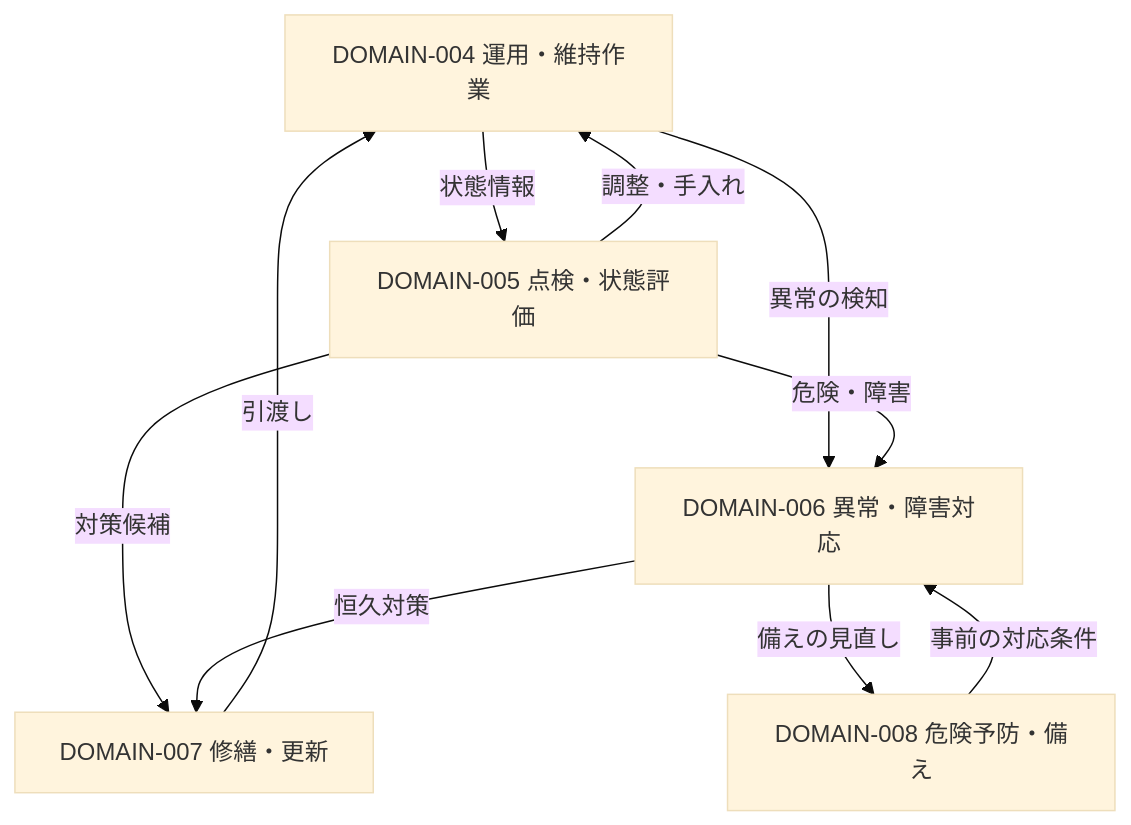
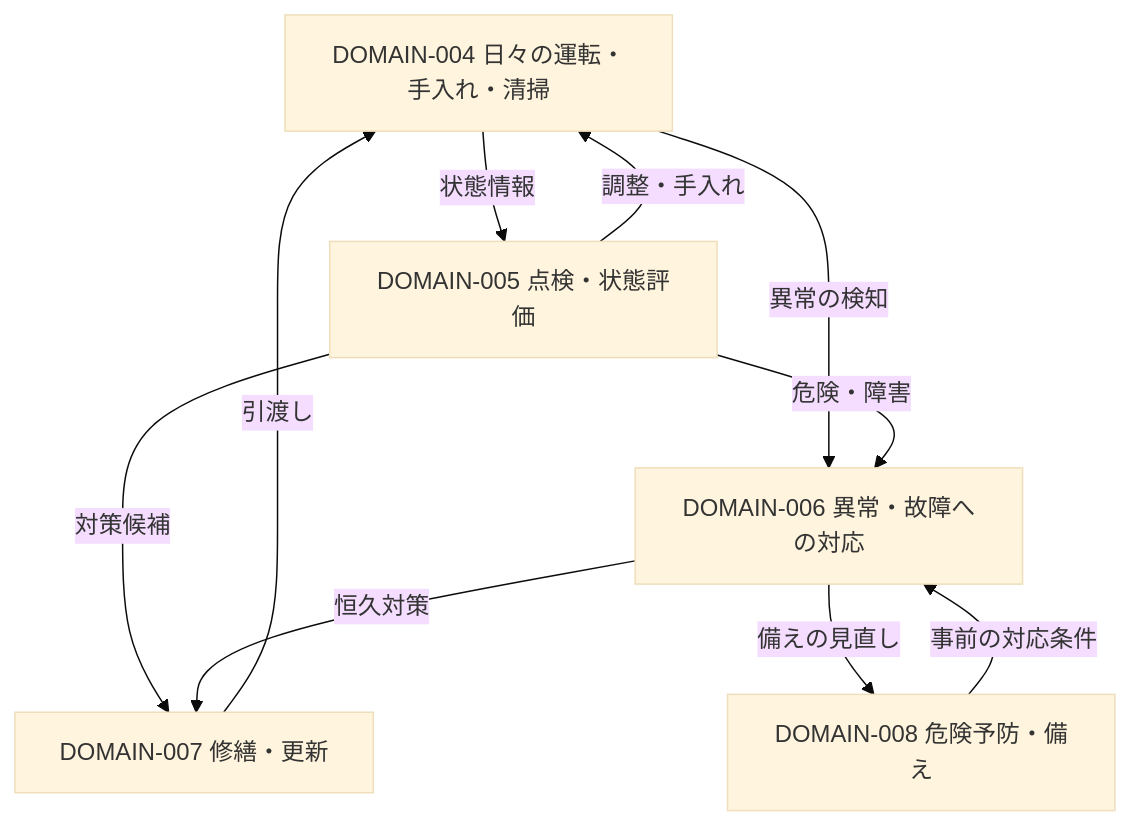
One commit to tsumasaki-kurageya/bm-knowledge changed the diagram in docs/01-domains/overview.md. Above: the diagram before and after it, drawn with Mermaid (base theme). The commit also changed other lines of this file and 45 other files, not shown here.

````diff
--- a/docs/01-domains/overview.md
+++ b/docs/01-domains/overview.md
@@ -52,17 +41,17 @@
 ```mermaid
 flowchart TD
-  D4["DOMAIN-004 運用・維持作業"]
+  D4["DOMAIN-004 日々の運転・手入れ・清掃"]
   D5["DOMAIN-005 点検・状態評価"]
-  D6["DOMAIN-006 異常・障害対応"]
+  D6["DOMAIN-006 異常・故障への対応"]
   D7["DOMAIN-007 修繕・更新"]
   D8["DOMAIN-008 危険予防・備え"]
   D4 -->|状態情報| D5
   D5 -->|調整・手入れ| D4
   D4 -->|異常の検知| D6
   D5 -->|危険・障害| D6
   D5 -->|対策候補| D7
   D6 -->|恒久対策| D7
   D7 -->|引渡し| D4
   D8 -->|事前の対応条件| D6
   D6 -->|備えの見直し| D8
 ```
````
